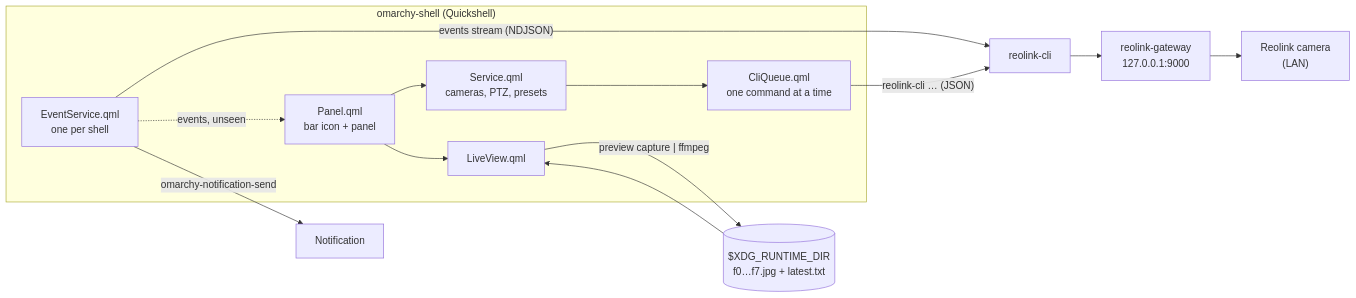
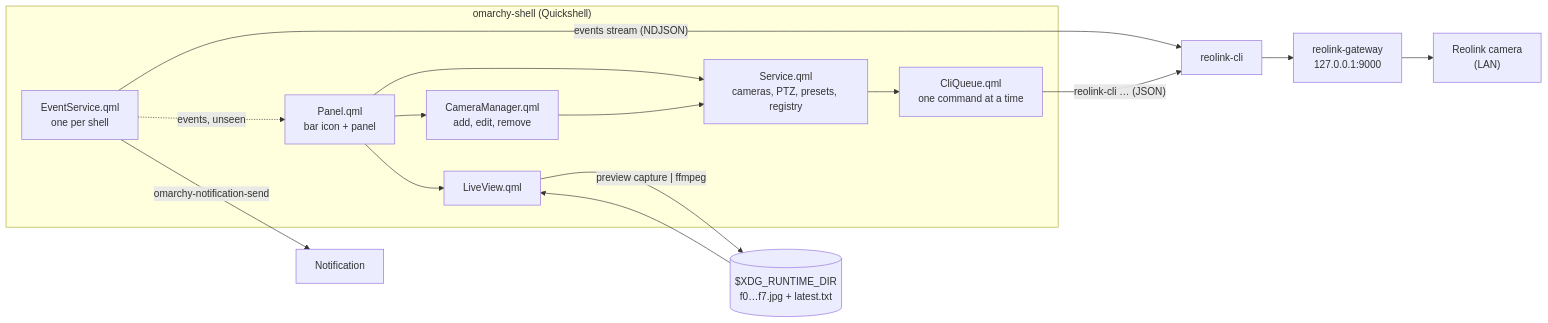
One commit to opteon-sdc/omarchy-reolink-plugin changed the diagram in README.md. Above: the diagram before and after it, drawn with Mermaid. The commit also changed other lines of this file and 11 other files, not shown here.

First line of the commit message:
Manage cameras from the panel (1.3.0)

````diff
--- a/README.md
+++ b/README.md
@@ -145,15 +157,16 @@
 ```mermaid
 flowchart LR
   subgraph shell["omarchy-shell (Quickshell)"]
-    Panel["Panel.qml<br/>bar icon + panel"] --> Service["Service.qml<br/>cameras, PTZ, presets"]
+    Panel["Panel.qml<br/>bar icon + panel"] --> Service["Service.qml<br/>cameras, PTZ, presets, registry"]
+    Panel --> Manager["CameraManager.qml<br/>add, edit, remove"] --> Service
     Panel --> Live["LiveView.qml"]
     Service --> Queue["CliQueue.qml<br/>one command at a time"]
     Events["EventService.qml<br/>one per shell"] -.->|"events, unseen"| Panel
   end
   Events -->|"events stream (NDJSON)"| CLI
   Events -->|"omarchy-notification-send"| Notify["Notification"]
   Queue -->|"reolink-cli … (JSON)"| CLI["reolink-cli"]
   Live -->|"preview capture | ffmpeg"| Frames[("$XDG_RUNTIME_DIR<br/>f0…f7.jpg + latest.txt")]
   Frames --> Live
   CLI --> GW["reolink-gateway<br/>127.0.0.1:9000"] --> Cam["Reolink camera<br/>(LAN)"]
 ```
````
